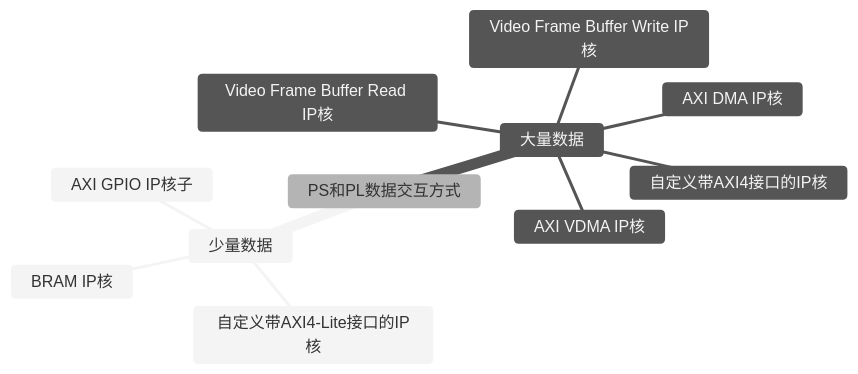
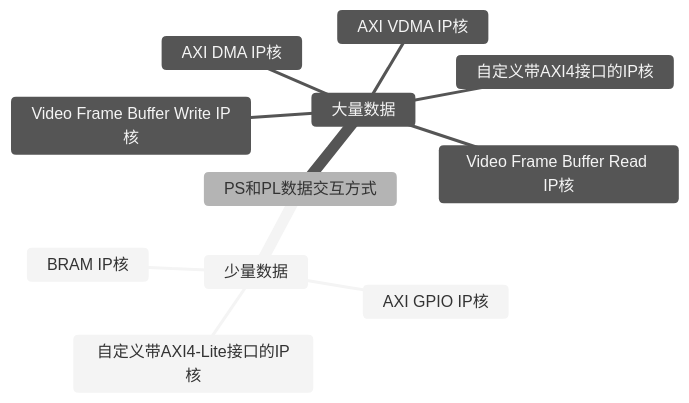
Before and after one commit to liyuhan355/mynote: the third of 3 diagrams in Zynq开发.md, drawn with Mermaid (neutral theme). The commit also changed 2 other files, not shown here.

Commit message:
vault backup: 2026-04-27 15:02:41

````diff
--- a/Zynq开发.md
+++ b/Zynq开发.md
@@ -246,14 +246,14 @@
 ```mermaid
 mindmap
     PS和PL数据交互方式
         少量数据
-            AXI GPIO IP核子
+            AXI GPIO IP核
             自定义带AXI4-Lite接口的IP核
             BRAM IP核
         大量数据
             自定义带AXI4接口的IP核
             AXI DMA IP核
             AXI VDMA IP核
             Video Frame Buffer Read IP核
             Video Frame Buffer Write IP核
 ```
````
